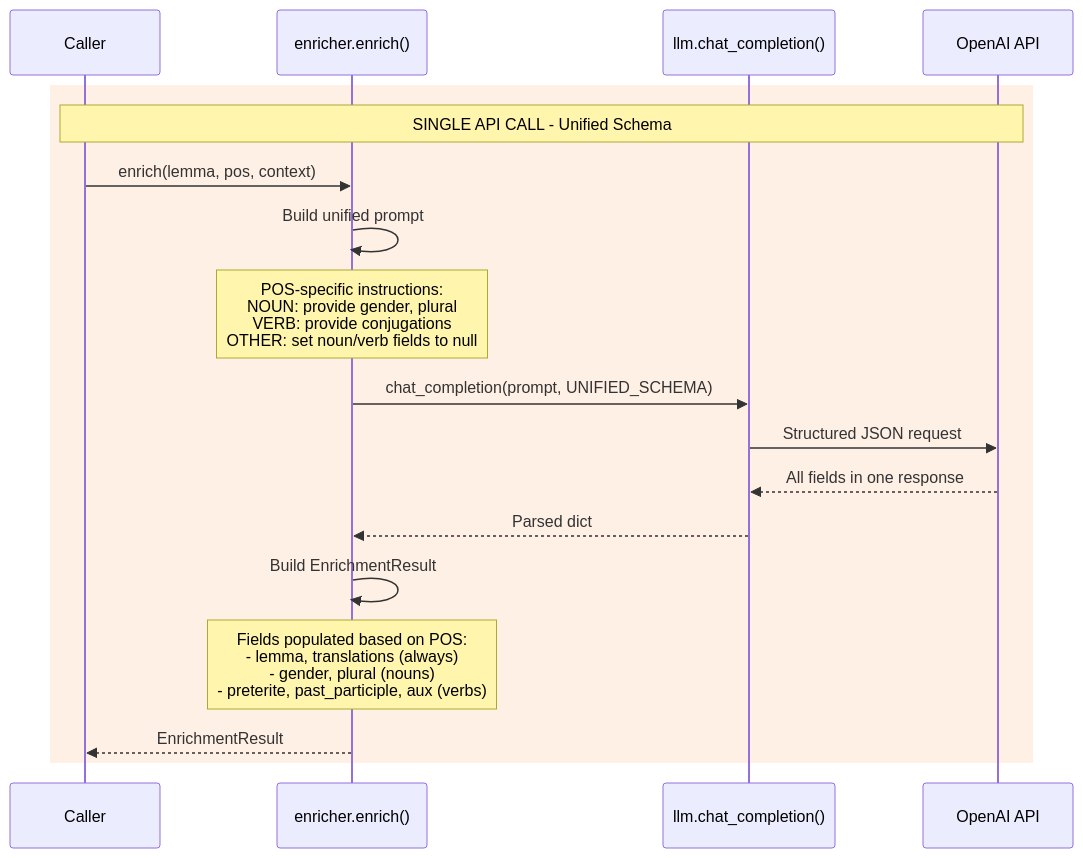
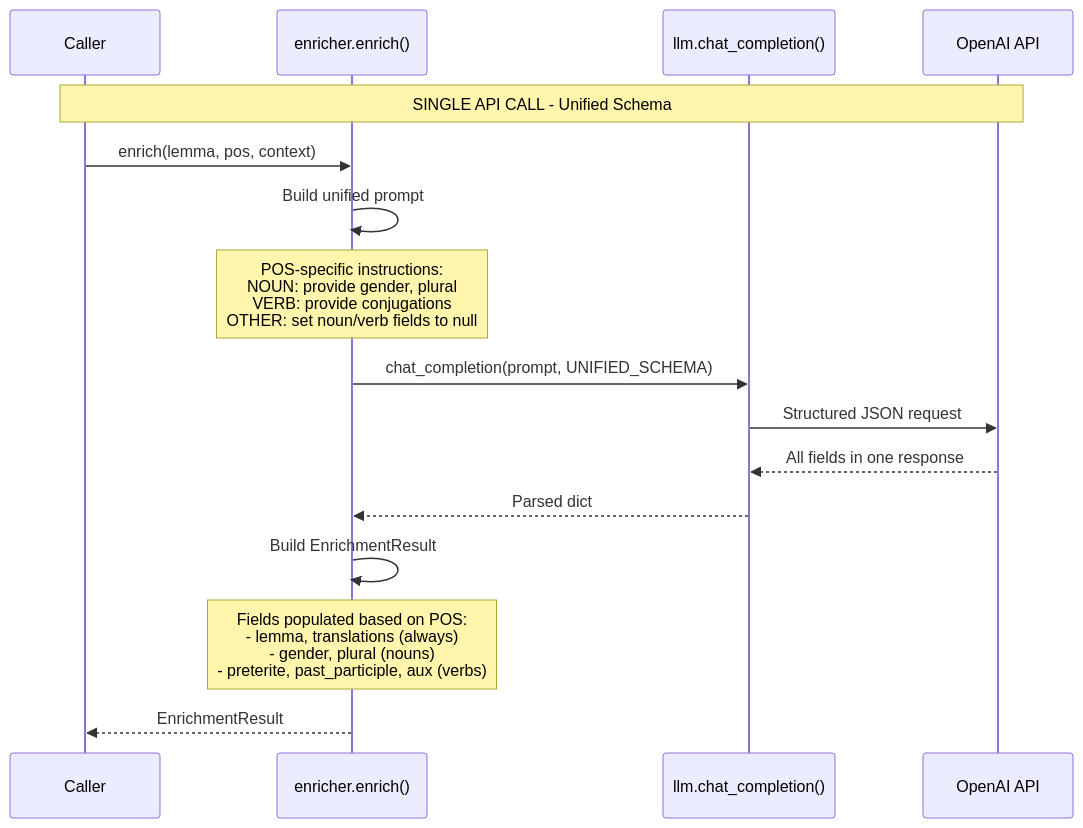
Before and after one commit to sapientpants/vocabext: the fifth of 9 diagrams in docs/llm-pipelines.md, drawn with Mermaid. The commit also changed other lines of this file, not shown here.

First line of the commit message:
docs: remove color blocks from Mermaid diagrams

````diff
--- a/docs/llm-pipelines.md
+++ b/docs/llm-pipelines.md
@@ -242,26 +225,24 @@
 ```mermaid
 sequenceDiagram
     participant Caller
     participant Enricher as enricher.enrich()
     participant llm as llm.chat_completion()
     participant API as OpenAI API
 
-    rect rgb(255, 240, 230)
-        Note over Caller,API: SINGLE API CALL - Unified Schema
+    Note over Caller,API: SINGLE API CALL - Unified Schema
 
-        Caller->>Enricher: enrich(lemma, pos, context)
+    Caller->>Enricher: enrich(lemma, pos, context)
 
-        Enricher->>Enricher: Build unified prompt
-        Note over Enricher: POS-specific instructions:<br/>NOUN: provide gender, plural<br/>VERB: provide conjugations<br/>OTHER: set noun/verb fields to null
+    Enricher->>Enricher: Build unified prompt
+    Note over Enricher: POS-specific instructions:<br/>NOUN: provide gender, plural<br/>VERB: provide conjugations<br/>OTHER: set noun/verb fields to null
 
-        Enricher->>llm: chat_completion(prompt, UNIFIED_SCHEMA)
-        llm->>API: Structured JSON request
-        API-->>llm: All fields in one response
-        llm-->>Enricher: Parsed dict
+    Enricher->>llm: chat_completion(prompt, UNIFIED_SCHEMA)
+    llm->>API: Structured JSON request
+    API-->>llm: All fields in one response
+    llm-->>Enricher: Parsed dict
 
-        Enricher->>Enricher: Build EnrichmentResult
-        Note over Enricher: Fields populated based on POS:<br/>- lemma, translations (always)<br/>- gender, plural (nouns)<br/>- preterite, past_participle, aux (verbs)
+    Enricher->>Enricher: Build EnrichmentResult
+    Note over Enricher: Fields populated based on POS:<br/>- lemma, translations (always)<br/>- gender, plural (nouns)<br/>- preterite, past_participle, aux (verbs)
 
-        Enricher-->>Caller: EnrichmentResult
-    end
+    Enricher-->>Caller: EnrichmentResult
 ```
````
